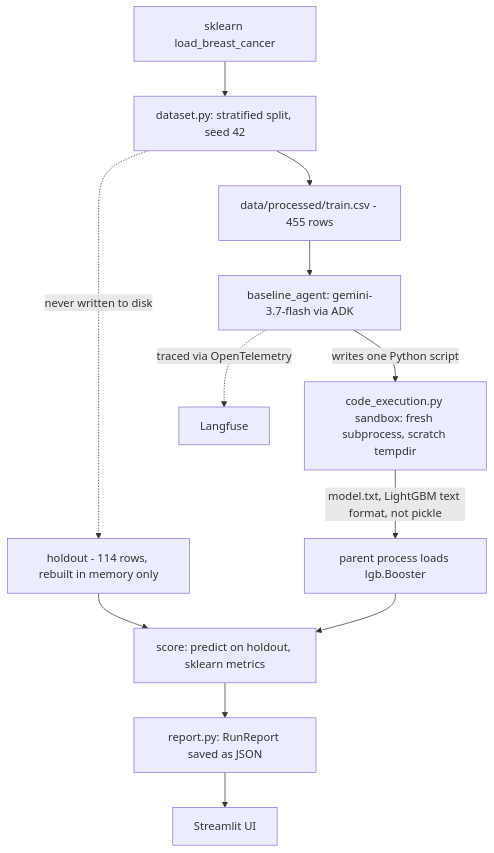
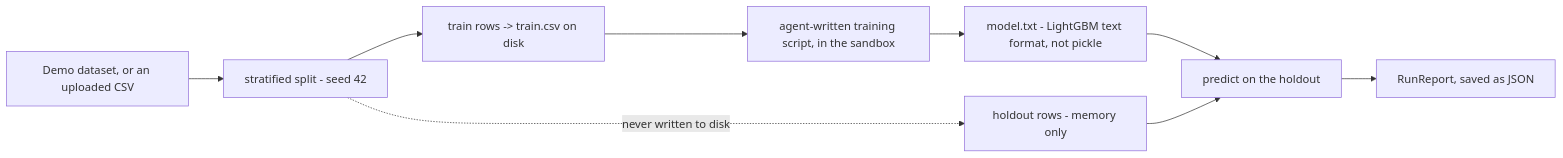
The second of 3 diagrams in ARCHITECTURE.md (kcholyshere/Baseline-critic), drawn with Mermaid before and after one commit. The commit also changed other lines of this file, not shown here.

First line of the commit message:
Simplify ARCHITECTURE.md to one architecture diagram and one data flow diagram

````diff
--- a/ARCHITECTURE.md
+++ b/ARCHITECTURE.md
@@ -18,17 +47,11 @@
 ```mermaid
-flowchart TD
-    A["sklearn load_breast_cancer"] --> B["dataset.py: stratified split, seed 42"]
-    B --> C["data/processed/train.csv - 455 rows"]
-    B -.never written to disk.-> D["holdout - 114 rows, rebuilt in memory only"]
-
-    C --> E["baseline_agent: gemini-3.7-flash via ADK"]
-    E -->|"writes one Python script"| F["code_execution.py sandbox: fresh subprocess, scratch tempdir"]
-    F -->|"model.txt, LightGBM text format, not pickle"| G["parent process loads lgb.Booster"]
-
-    D --> H["score: predict on holdout, sklearn metrics"]
-    G --> H
-    H --> I["report.py: RunReport saved as JSON"]
-    I --> J["Streamlit UI"]
-
-    E -.traced via OpenTelemetry.-> K["Langfuse"]
+flowchart LR
+    Source["Demo dataset, or an uploaded CSV"] --> Split["stratified split - seed 42"]
+    Split --> Train["train rows -> train.csv on disk"]
+    Split -.never written to disk.-> Holdout["holdout rows - memory only"]
+    Train --> Script["agent-written training script, in the sandbox"]
+    Script --> Model["model.txt - LightGBM text format, not pickle"]
+    Model --> Score["predict on the holdout"]
+    Holdout --> Score
+    Score --> Report["RunReport, saved as JSON"]
 ```
````
